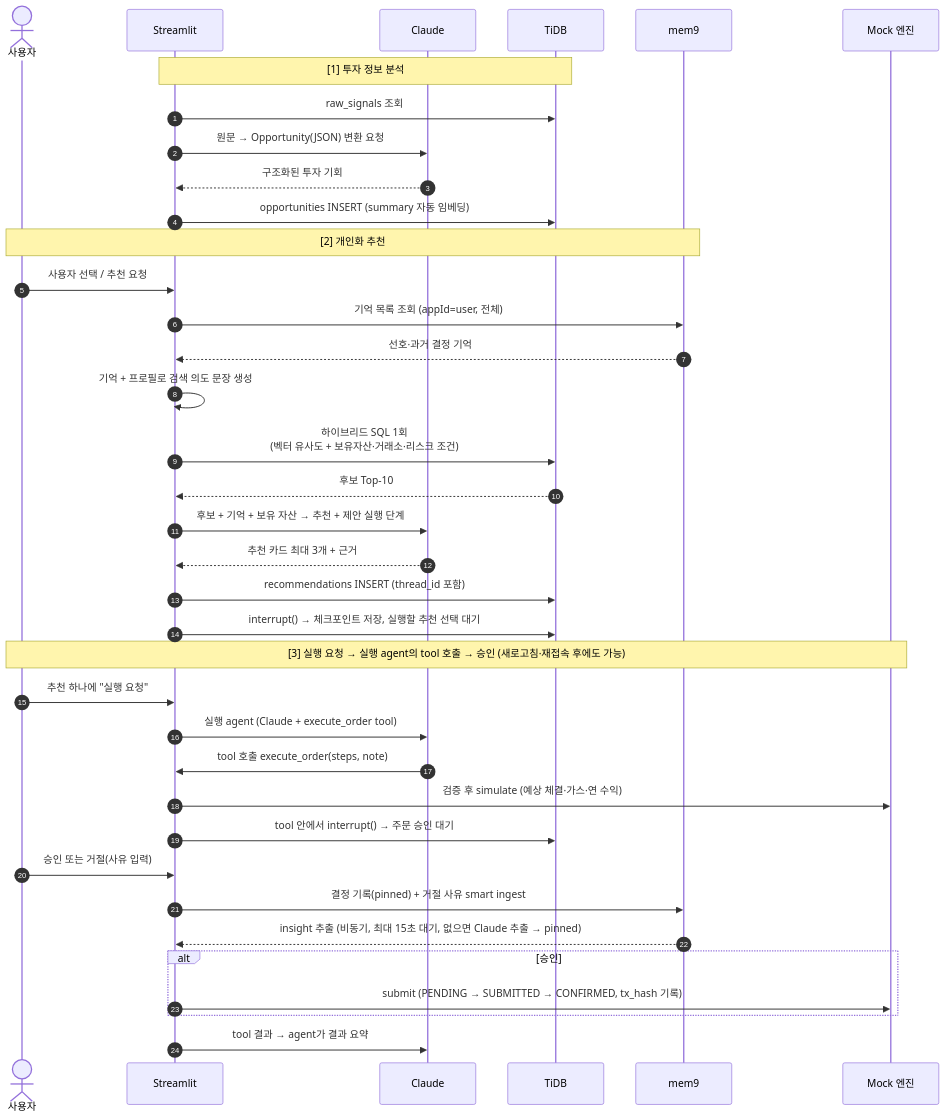
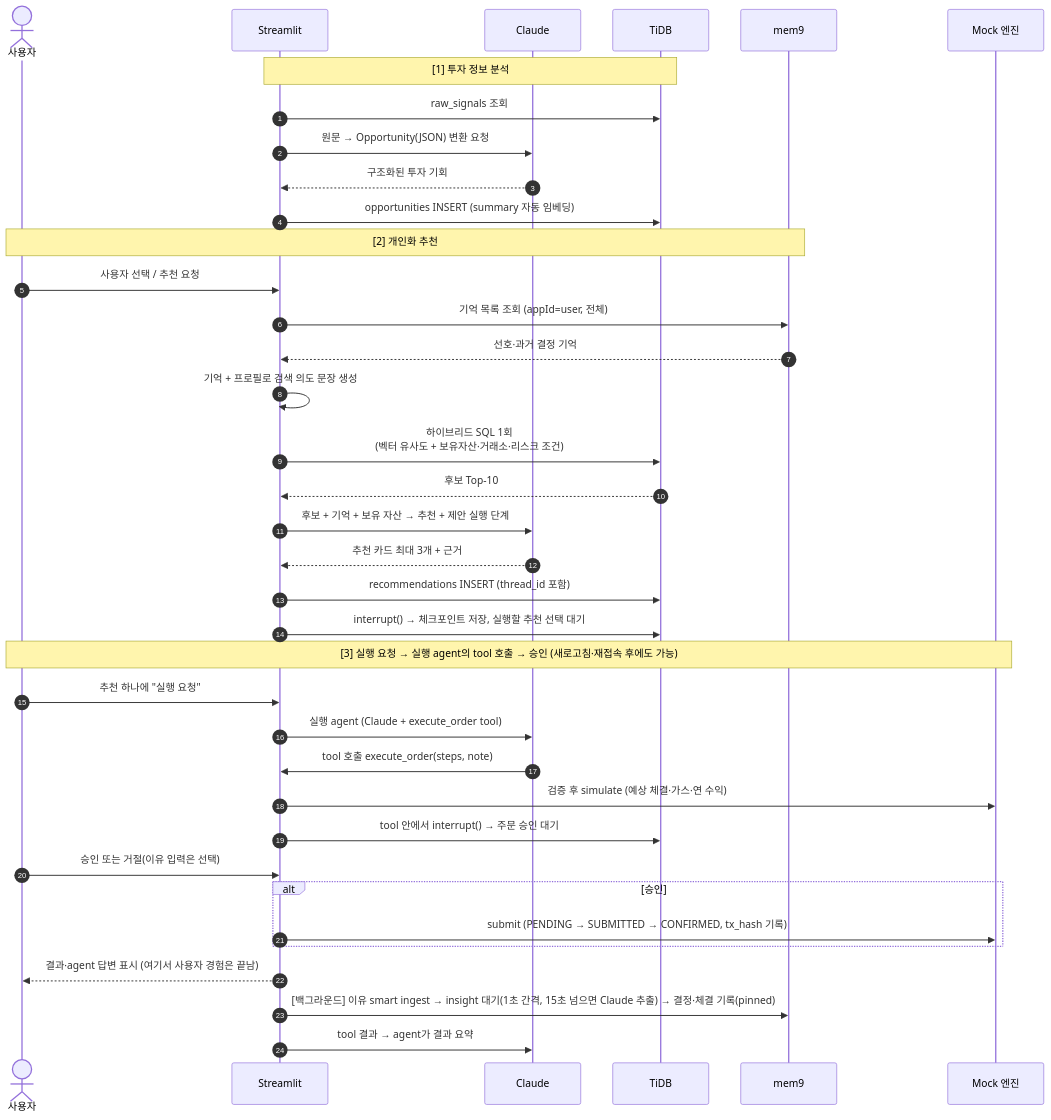
One commit to setch3000/tidb-mem9-demo changed the second of 4 diagrams in docs/ARCHITECTURE.md. Above: the diagram before and after it, drawn with Mermaid. The commit also changed other lines of this file and 9 other files, not shown here.

````diff
--- a/docs/ARCHITECTURE.md
+++ b/docs/ARCHITECTURE.md
@@ -217,42 +217,42 @@
 ```mermaid
 sequenceDiagram
   autonumber
   actor U as 사용자
   participant UI as Streamlit
   participant L as Claude
   participant DB as TiDB
   participant M as mem9
   participant E as Mock 엔진
 
   Note over UI,DB: [1] 투자 정보 분석
   UI->>DB: raw_signals 조회
   UI->>L: 원문 → Opportunity(JSON) 변환 요청
   L-->>UI: 구조화된 투자 기회
   UI->>DB: opportunities INSERT (summary 자동 임베딩)
 
   Note over U,M: [2] 개인화 추천
   U->>UI: 사용자 선택 / 추천 요청
   UI->>M: 기억 목록 조회 (appId=user, 전체)
   M-->>UI: 선호·과거 결정 기억
   UI->>UI: 기억 + 프로필로 검색 의도 문장 생성
   UI->>DB: 하이브리드 SQL 1회<br/>(벡터 유사도 + 보유자산·거래소·리스크 조건)
   DB-->>UI: 후보 Top-10
   UI->>L: 후보 + 기억 + 보유 자산 → 추천 + 제안 실행 단계
   L-->>UI: 추천 카드 최대 3개 + 근거
   UI->>DB: recommendations INSERT (thread_id 포함)
   UI->>DB: interrupt() → 체크포인트 저장, 실행할 추천 선택 대기
 
   Note over U,E: [3] 실행 요청 → 실행 agent의 tool 호출 → 승인 (새로고침·재접속 후에도 가능)
   U->>UI: 추천 하나에 "실행 요청"
   UI->>L: 실행 agent (Claude + execute_order tool)
   L->>UI: tool 호출 execute_order(steps, note)
   UI->>E: 검증 후 simulate (예상 체결·가스·연 수익)
   UI->>DB: tool 안에서 interrupt() → 주문 승인 대기
-  U->>UI: 승인 또는 거절(사유 입력)
-  UI->>M: 결정 기록(pinned) + 거절 사유 smart ingest
-  M-->>UI: insight 추출 (비동기, 최대 15초 대기, 없으면 Claude 추출 → pinned)
+  U->>UI: 승인 또는 거절(이유 입력은 선택)
   alt 승인
     UI->>E: submit (PENDING → SUBMITTED → CONFIRMED, tx_hash 기록)
   end
+  UI-->>U: 결과·agent 답변 표시 (여기서 사용자 경험은 끝남)
+  UI->>M: [백그라운드] 이유 smart ingest → insight 대기(1초 간격, 15초 넘으면 Claude 추출) → 결정·체결 기록(pinned)
   UI->>L: tool 결과 → agent가 결과 요약
 ```
````
